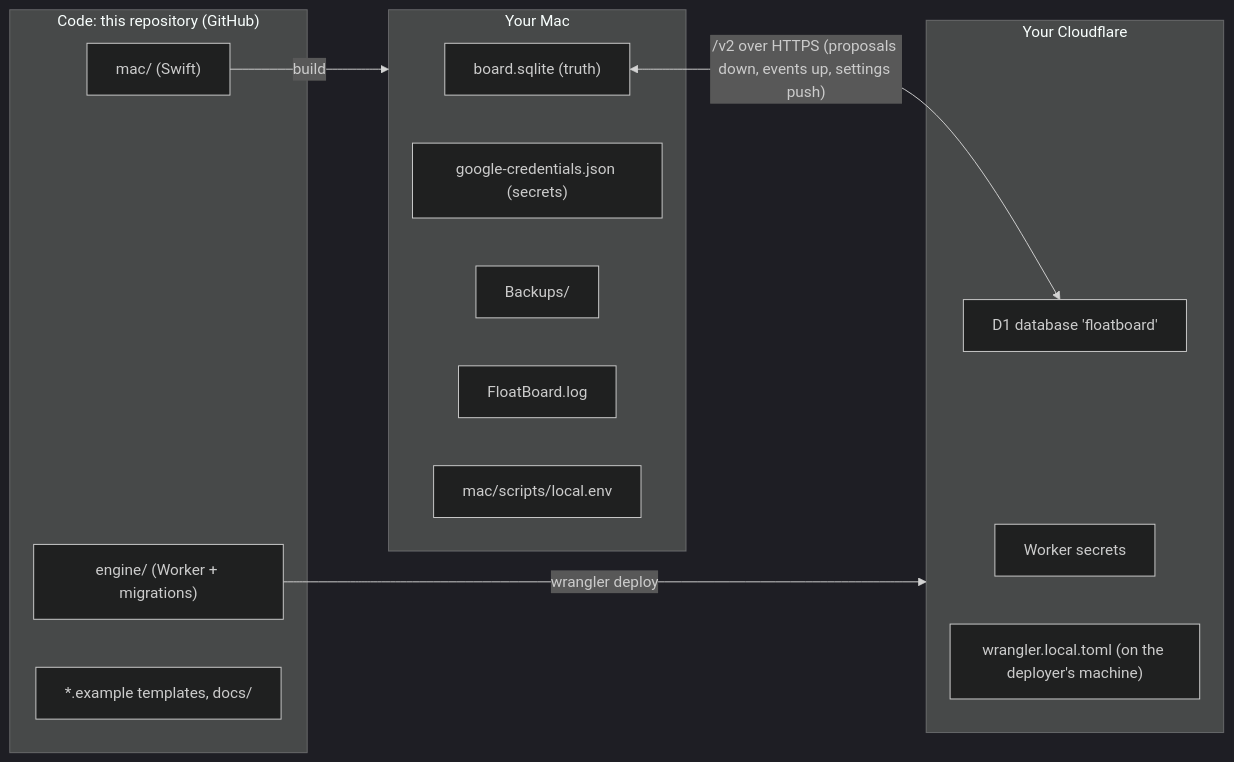
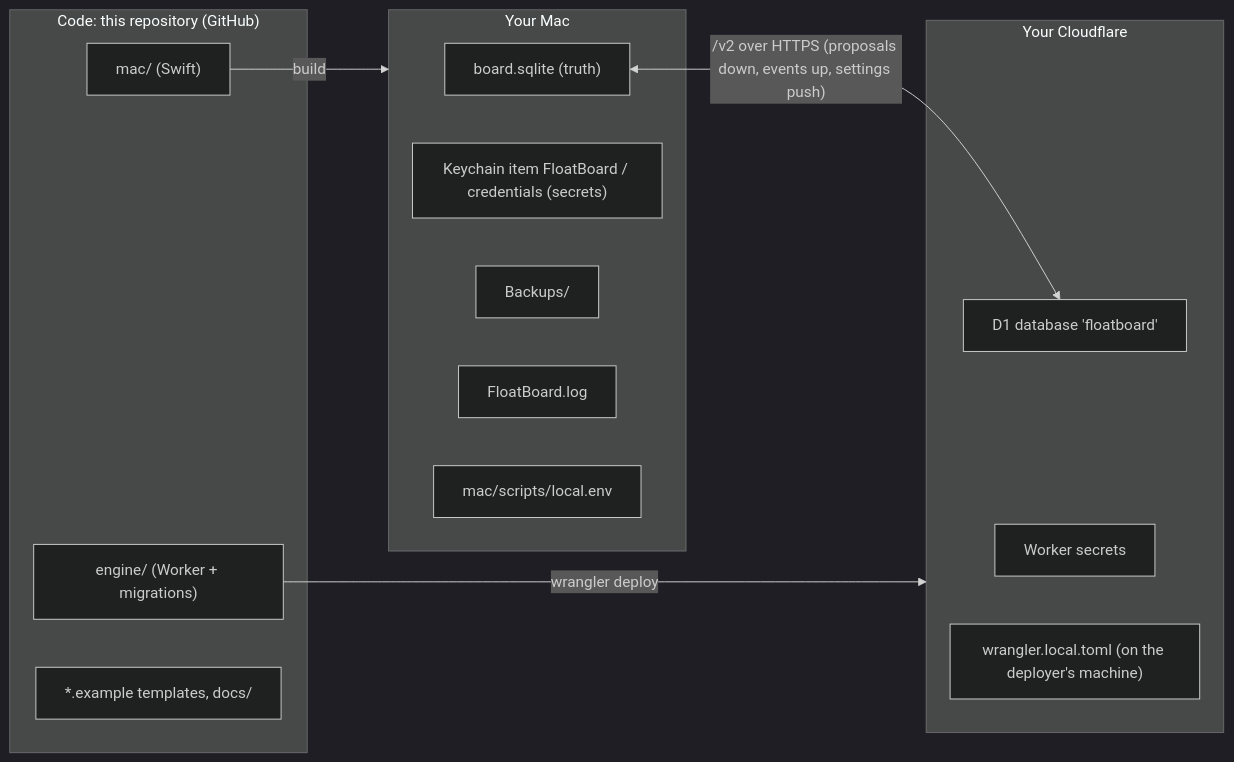
Before and after one commit to XijunZ/floatboard: the first of 4 diagrams in docs/data-model.md, drawn with Mermaid (dark theme). The commit also changed other lines of this file and 11 other files, not shown here.

Commit message:
Keys in the macOS Keychain (old credentials file moved in, then deleted); versions and a change log for your rules and learned preferences, with your edits winning over a learning run (board schema 10)

````diff
--- a/docs/data-model.md
+++ b/docs/data-model.md
@@ -28,23 +28,23 @@
 ```mermaid
 flowchart LR
   subgraph Code["Code: this repository (GitHub)"]
     C1["mac/ (Swift)"]
     C2["engine/ (Worker + migrations)"]
     C3["*.example templates, docs/"]
   end
   subgraph Mac["Your Mac"]
     M1["board.sqlite (truth)"]
-    M2["google-credentials.json (secrets)"]
+    M2["Keychain item FloatBoard / credentials (secrets)"]
     M3["Backups/"]
     M4["FloatBoard.log"]
     M5["mac/scripts/local.env"]
   end
   subgraph CF["Your Cloudflare"]
     F1["D1 database 'floatboard'"]
     F2["Worker secrets"]
     F3["wrangler.local.toml (on the deployer's machine)"]
   end
   C1 -- "build" --> Mac
   C2 -- "wrangler deploy" --> CF
   M1 <-- "/v2 over HTTPS (proposals down, events up, settings push)" --> F1
 ```
````
